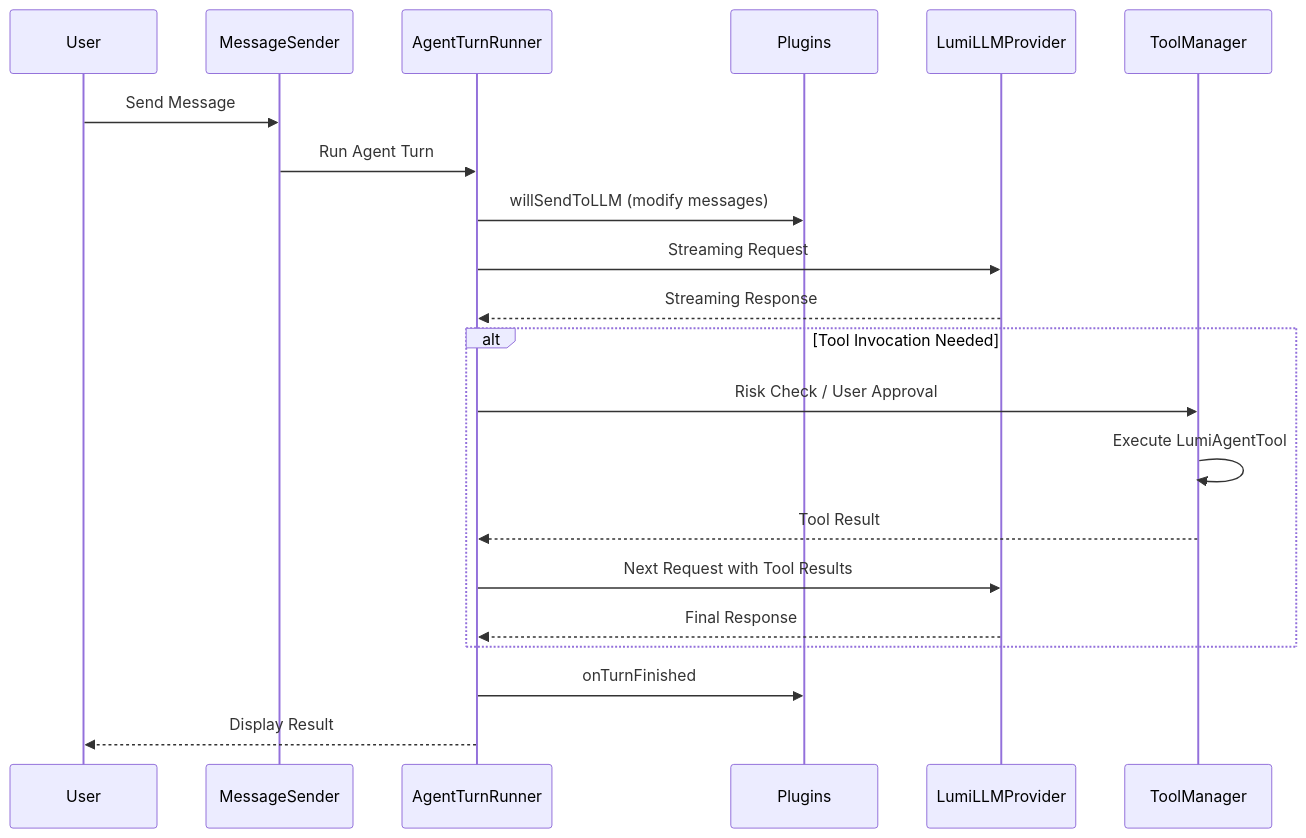
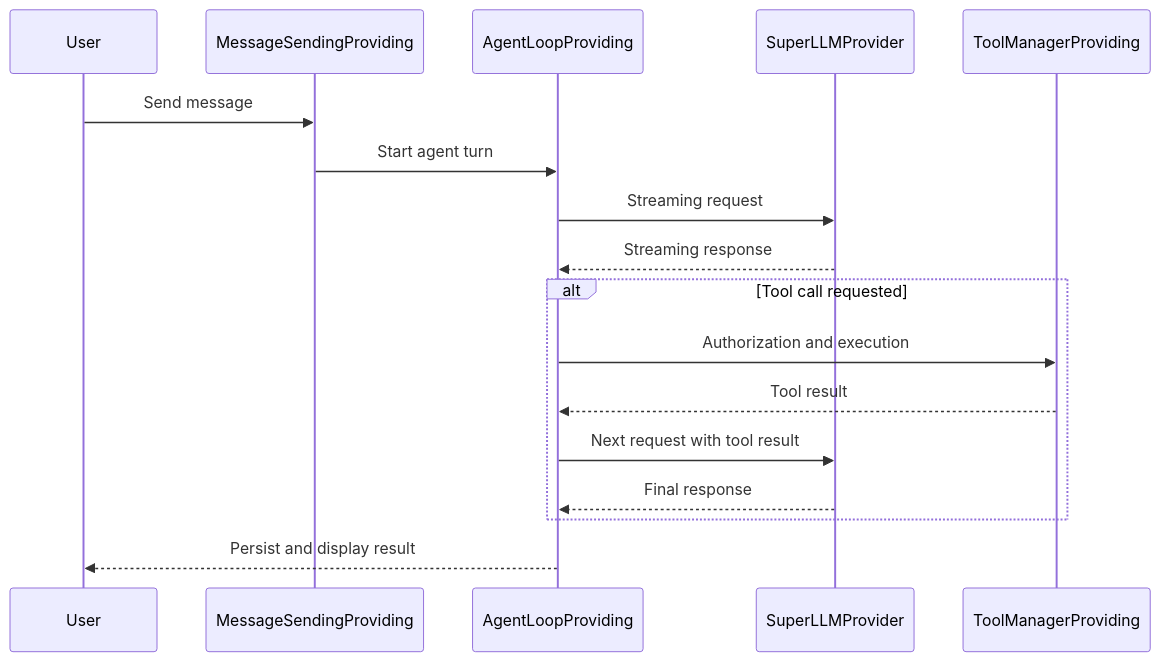
One commit to CofficLab/Lumi changed the second of 2 diagrams in README.md. Above: the diagram before and after it, drawn with Mermaid. The commit also changed other lines of this file and 1 other file, not shown here.

````diff
--- a/README.md
+++ b/README.md
@@ -71,24 +78,20 @@
 ```mermaid
 sequenceDiagram
     participant U as User
-    participant S as MessageSender
-    participant R as AgentTurnRunner
-    participant P as Plugins
-    participant L as LumiLLMProvider
-    participant T as ToolManager
+    participant S as MessageSendingProviding
+    participant R as AgentLoopProviding
+    participant L as SuperLLMProvider
+    participant T as ToolManagerProviding
 
-    U->>S: Send Message
-    S->>R: Run Agent Turn
-    R->>P: willSendToLLM (modify messages)
-    R->>L: Streaming Request
-    L-->>R: Streaming Response
-    alt Tool Invocation Needed
-        R->>T: Risk Check / User Approval
-        T->>T: Execute LumiAgentTool
-        T-->>R: Tool Result
-        R->>L: Next Request with Tool Results
-        L-->>R: Final Response
+    U->>S: Send message
+    S->>R: Start agent turn
+    R->>L: Streaming request
+    L-->>R: Streaming response
+    alt Tool call requested
+        R->>T: Authorization and execution
+        T-->>R: Tool result
+        R->>L: Next request with tool result
+        L-->>R: Final response
     end
-    R->>P: onTurnFinished
-    R-->>U: Display Result
+    R-->>U: Persist and display result
 ```
````
